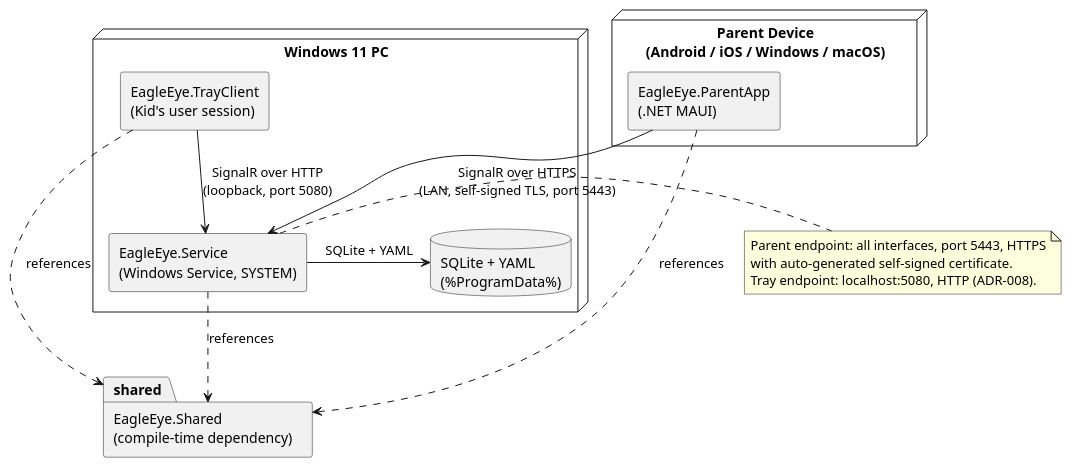
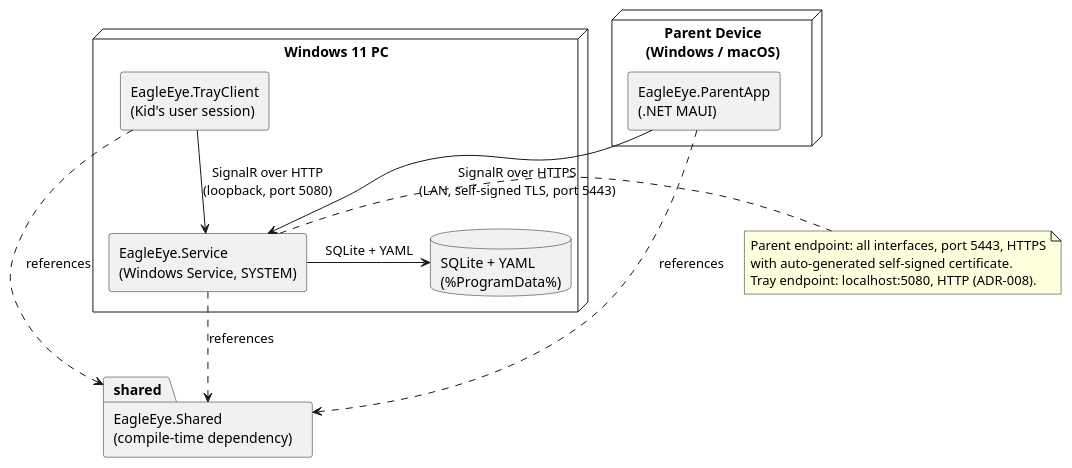
Before and after one commit to adlemich/EagleEye: the second of 17 diagrams in 02_Implementation/docs/architecture/arc42/system-architecture.md, drawn with PlantUML. The commit also changed other lines of this file and 8 other files, not shown here.

First line of the commit message:
CR-001: ARC — arc42 and ADRs for Windows + macOS parent apps; new ADR-019

````diff
--- a/02_Implementation/docs/architecture/arc42/system-architecture.md
+++ b/02_Implementation/docs/architecture/arc42/system-architecture.md
@@ -150,31 +153,31 @@
 ```plantuml
 @startuml EagleEye Technical Context
 skinparam componentStyle rectangle
 
 node "Windows 11 PC" as winbox {
   component "EagleEye.Service\n(Windows Service, SYSTEM)" as svc
   component "EagleEye.TrayClient\n(Kid's user session)" as tray
   database "SQLite + YAML\n(%ProgramData%)" as store
 }
 
-node "Parent Device\n(Android / iOS / Windows / macOS)" as parentdev {
+node "Parent Device\n(Windows / macOS)" as parentdev {
   component "EagleEye.ParentApp\n(.NET MAUI)" as app
 }
 
 package "EagleEye.Shared\n(compile-time dependency)" as shared {
 }
 
 app -down-> svc : SignalR over HTTPS\n(LAN, self-signed TLS, port 5443)
 tray -down-> svc : SignalR over HTTP\n(loopback, port 5080)
 svc -right-> store : SQLite + YAML
 svc ..> shared : references
 app ..> shared : references
 tray ..> shared : references
 
 note right of svc
   Parent endpoint: all interfaces, port 5443, HTTPS
   with auto-generated self-signed certificate.
   Tray endpoint: localhost:5080, HTTP (ADR-008).
 end note
 @enduml
 ```
````
